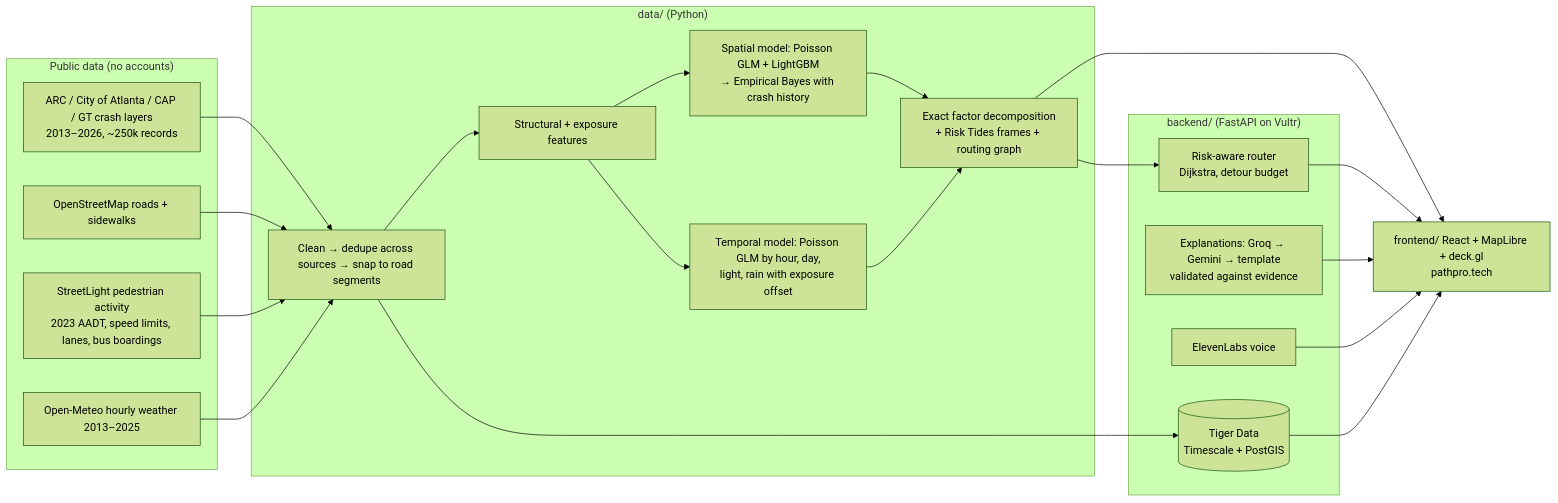
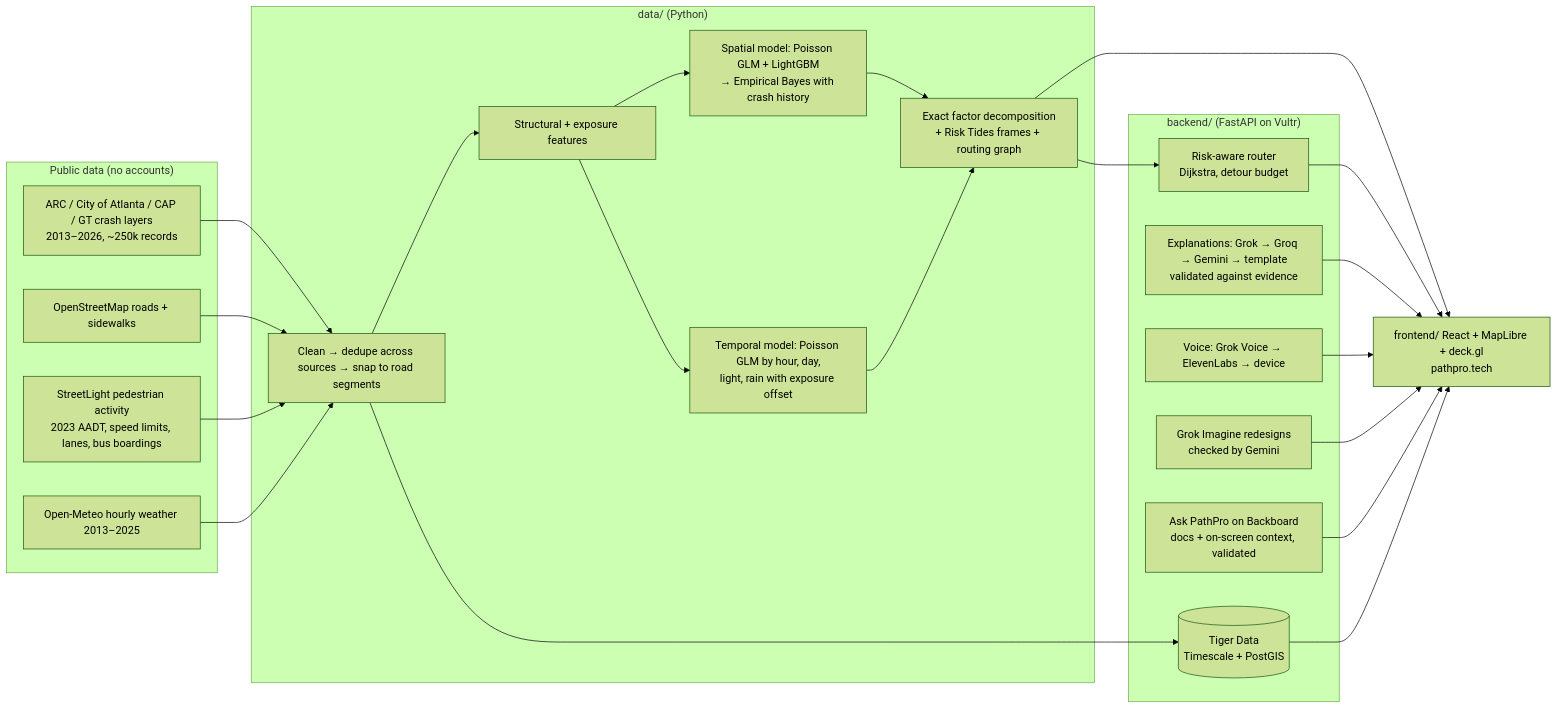
The diagram in README.md (ShaikNagurShareef/HackGT13), drawn with Mermaid (forest theme) before and after one commit. The commit also changed other lines of this file and 5 other files, not shown here.

Commit message:
docs: README, docs index, Devpost drafts, sponsor checklist and demo script for a solo build with Grok, Gemini image check and Ask PathPro

````diff
--- a/README.md
+++ b/README.md
@@ -81,28 +84,32 @@
 ```mermaid
 flowchart LR
   subgraph Data["Public data (no accounts)"]
     A[ARC / City of Atlanta / CAP / GT crash layers<br/>2013–2026, ~250k records]
     B[OpenStreetMap roads + sidewalks]
     C[StreetLight pedestrian activity<br/>2023 AADT, speed limits, lanes, bus boardings]
     W[Open-Meteo hourly weather 2013–2025]
   end
   subgraph Pipeline["data/ (Python)"]
     I[Clean → dedupe across sources → snap to road segments]
     F[Structural + exposure features]
     M1[Spatial model: Poisson GLM + LightGBM<br/>→ Empirical Bayes with crash history]
     M2[Temporal model: Poisson GLM by hour, day,<br/>light, rain with exposure offset]
     X[Exact factor decomposition<br/>+ Risk Tides frames + routing graph]
   end
   subgraph Serve["backend/ (FastAPI on Vultr)"]
     R[Risk-aware router<br/>Dijkstra, detour budget]
-    E[Explanations: Groq → Gemini → template<br/>validated against evidence]
-    V[ElevenLabs voice]
+    E[Explanations: Grok → Groq → Gemini → template<br/>validated against evidence]
+    V[Voice: Grok Voice → ElevenLabs → device]
+    G[Grok Imagine redesigns<br/>checked by Gemini]
+    K[Ask PathPro on Backboard<br/>docs + on-screen context, validated]
     T[(Tiger Data<br/>Timescale + PostGIS)]
   end
   UI[frontend/ React + MapLibre + deck.gl<br/>pathpro.tech]
   A & B & C & W --> I --> F --> M1 & M2 --> X --> R & UI
   R --> UI
   E --> UI
   V --> UI
+  G --> UI
+  K --> UI
   I --> T --> UI
 ```
````
